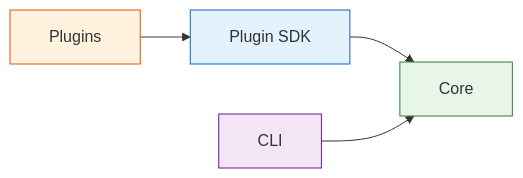
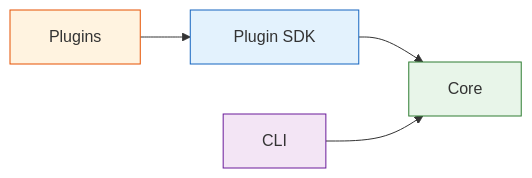
One commit to josephquigley/piqley-cli changed the first of 2 diagrams in docs/architecture/overview.md. Above: the diagram before and after it, drawn with Mermaid.

Commit message:
fix: add more nbsp padding to Plugin SDK label

````diff
--- a/docs/architecture/overview.md
+++ b/docs/architecture/overview.md
@@ -7,16 +7,16 @@
 ```mermaid
 ---
 config:
   flowchart:
     useMaxWidth: false
 ---
 graph LR
-  Plugins["&nbsp;&nbsp;Plugins&nbsp;&nbsp;"] --> SDK["&nbsp;&nbsp;Plugin SDK&nbsp;&nbsp;"]
+  Plugins["&nbsp;&nbsp;Plugins&nbsp;&nbsp;"] --> SDK["&nbsp;&nbsp;&nbsp;Plugin SDK&nbsp;&nbsp;&nbsp;"]
   SDK --> Core["&nbsp;&nbsp;Core&nbsp;&nbsp;"]
   CLI["&nbsp;&nbsp;CLI&nbsp;&nbsp;"] --> Core
 
   style Plugins fill:#fff3e0,stroke:#e65100
   style SDK fill:#e3f2fd,stroke:#1565c0
   style Core fill:#e8f5e9,stroke:#2e7d32
   style CLI fill:#f3e5f5,stroke:#6a1b9a
 ```
````
